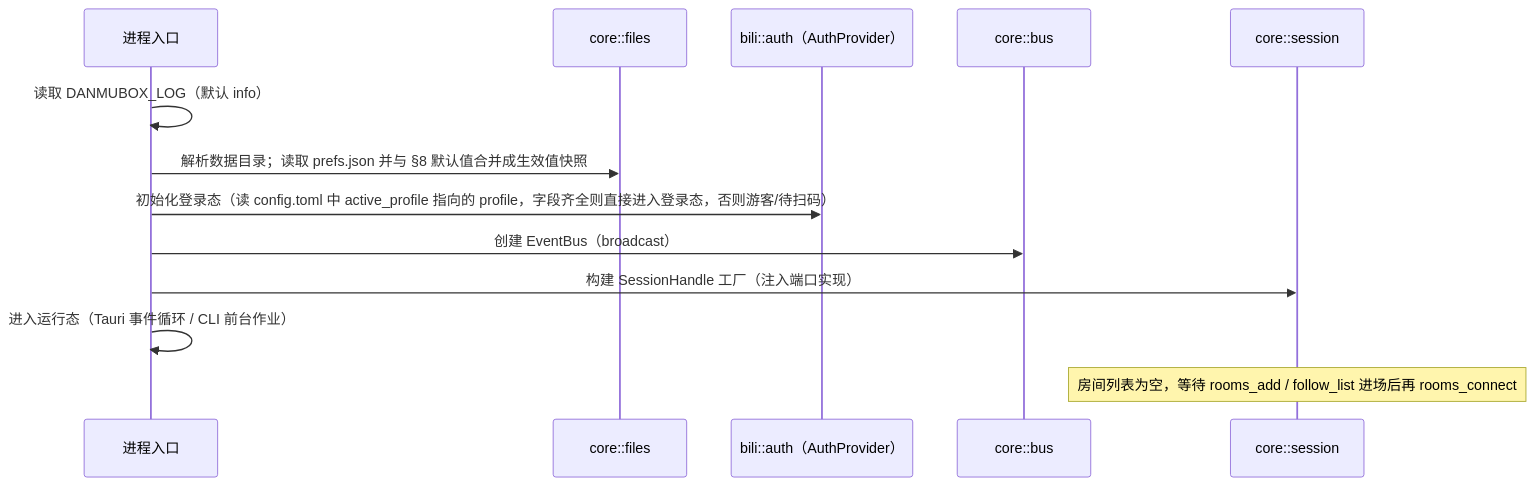
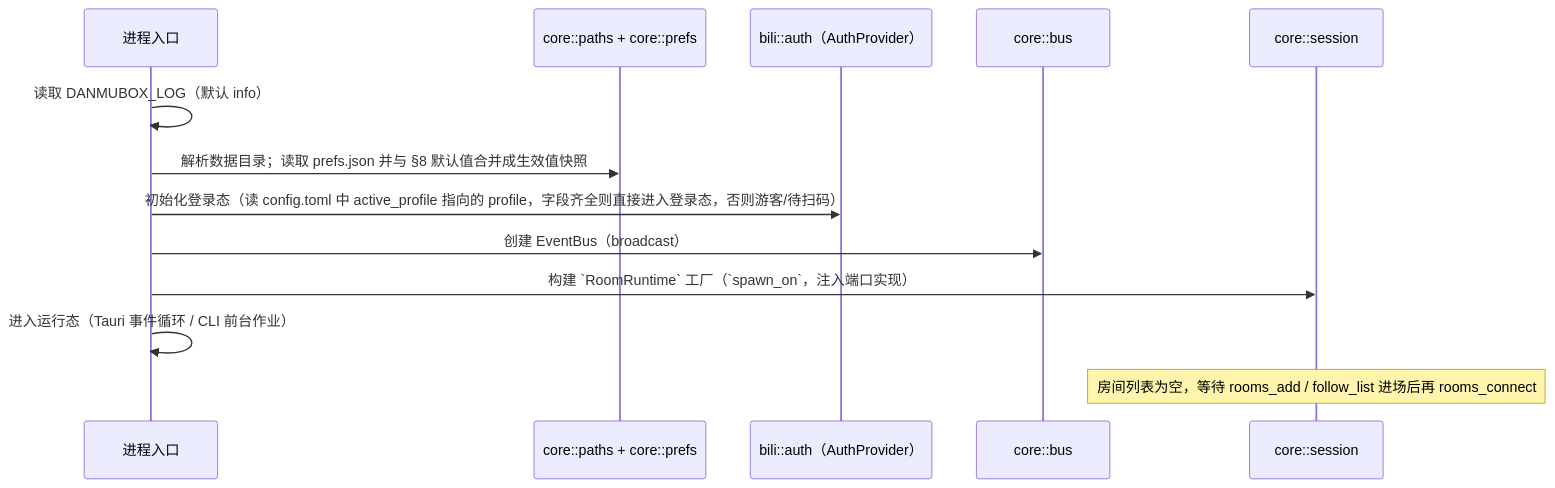
The sixth of 6 diagrams in docs/architecture.md (HakaseZ/danmubox), drawn with Mermaid before and after one commit. The commit also changed other lines of this file and 15 other files, not shown here.

````diff
--- a/docs/architecture.md
+++ b/docs/architecture.md
@@ -275,15 +336,15 @@
 ```mermaid
 sequenceDiagram
   participant P as 进程入口
-  participant F as core::files
+  participant F as core::paths + core::prefs
   participant A as bili::auth（AuthProvider）
   participant B as core::bus
   participant S as core::session
   P->>P: 读取 DANMUBOX_LOG（默认 info）
   P->>F: 解析数据目录；读取 prefs.json 并与 §8 默认值合并成生效值快照
   P->>A: 初始化登录态（读 config.toml 中 active_profile 指向的 profile，字段齐全则直接进入登录态，否则游客/待扫码）
   P->>B: 创建 EventBus（broadcast）
-  P->>S: 构建 SessionHandle 工厂（注入端口实现）
+  P->>S: 构建 `RoomRuntime` 工厂（`spawn_on`，注入端口实现）
   P->>P: 进入运行态（Tauri 事件循环 / CLI 前台作业）
   Note over S: 房间列表为空，等待 rooms_add / follow_list 进场后再 rooms_connect
 ```
````
